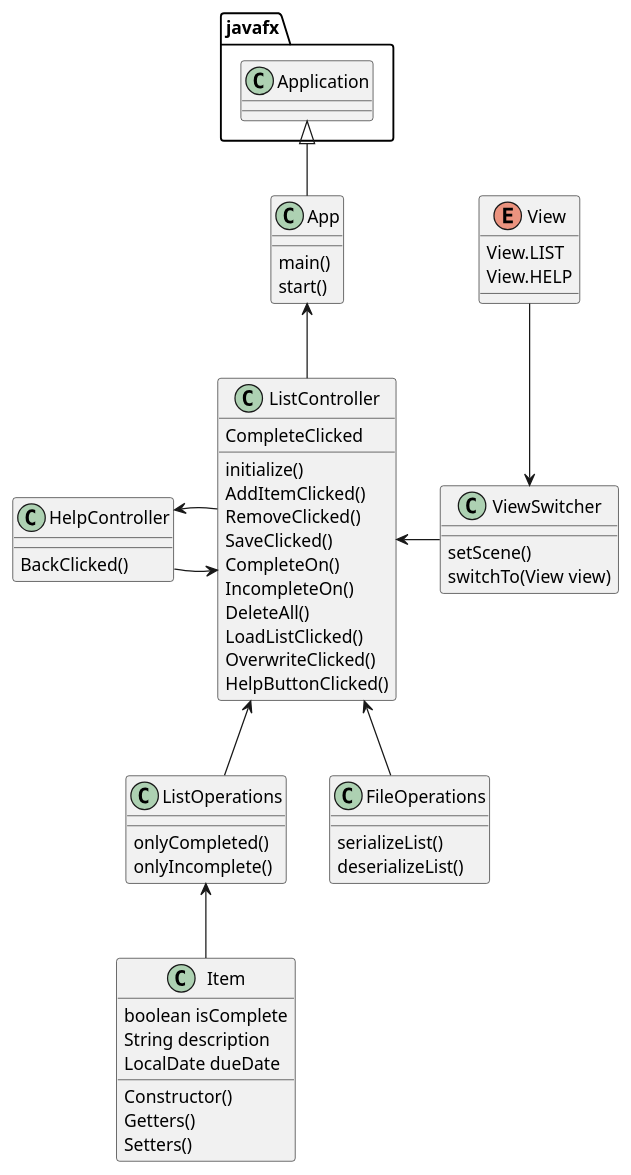
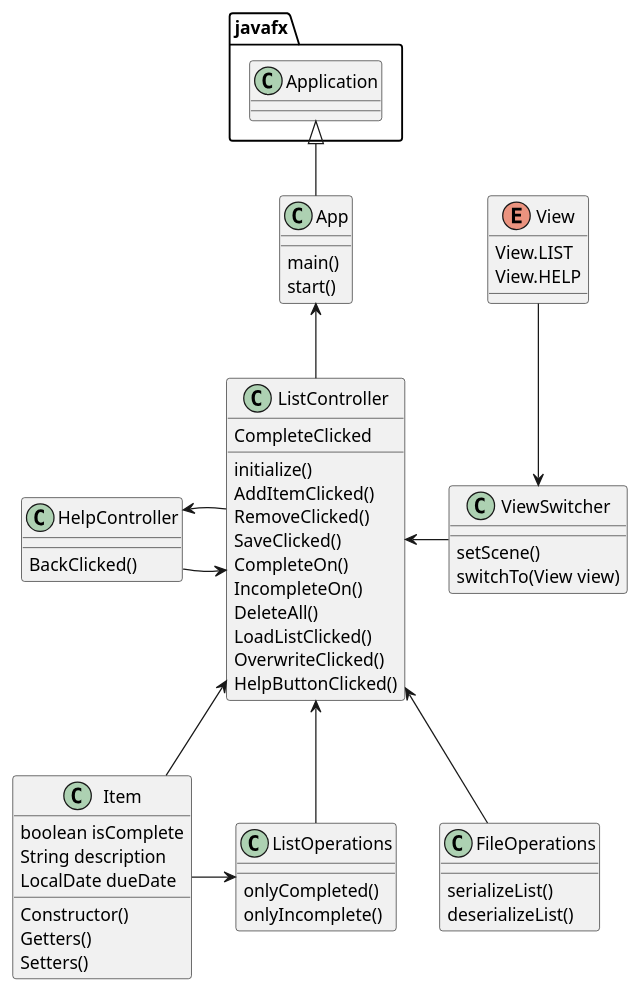
The diagram in uml/Assignment4.puml (Drake-Scott/Java-Todo-List-GUI), drawn with PlantUML before and after one commit.

Commit message:
updated UML

```diff
--- a/uml/Assignment4.puml
+++ b/uml/Assignment4.puml
@@ -1,70 +1,71 @@
 @startuml
 'https://plantuml.com/class-diagram
 
 class App {
 main()
 start()
 }
 
 enum View{
 View.LIST
 View.HELP
 }
 
 class ViewSwitcher{
 setScene()
 switchTo(View view)
 }
 
 class ListOperations {
 onlyCompleted()
 onlyIncomplete()
 }
 
 class ListController {
 initialize()
 AddItemClicked()
 RemoveClicked()
 CompleteClicked
 SaveClicked()
 CompleteOn()
 IncompleteOn()
 DeleteAll()
 LoadListClicked()
 OverwriteClicked()
 HelpButtonClicked()
 }
 
 class Item {
 boolean isComplete
 String description
 LocalDate dueDate
 Constructor()
 Getters()
 Setters()
 }
 
 
 class FileOperations {
 serializeList()
 deserializeList()
 }
 
 class HelpController{
 BackClicked()
 }
 
 javafx.Application <|-- App
 App <-- ListController
 
 HelpController -> ListController
 HelpController <- ListController
 ListController <--  ListOperations
-ListOperations <-- Item
+ListController <-- Item
+Item -> ListOperations
 ListController <-- FileOperations
 ListController <- ViewSwitcher
 View --> ViewSwitcher
 
 
 
 @enduml
```
